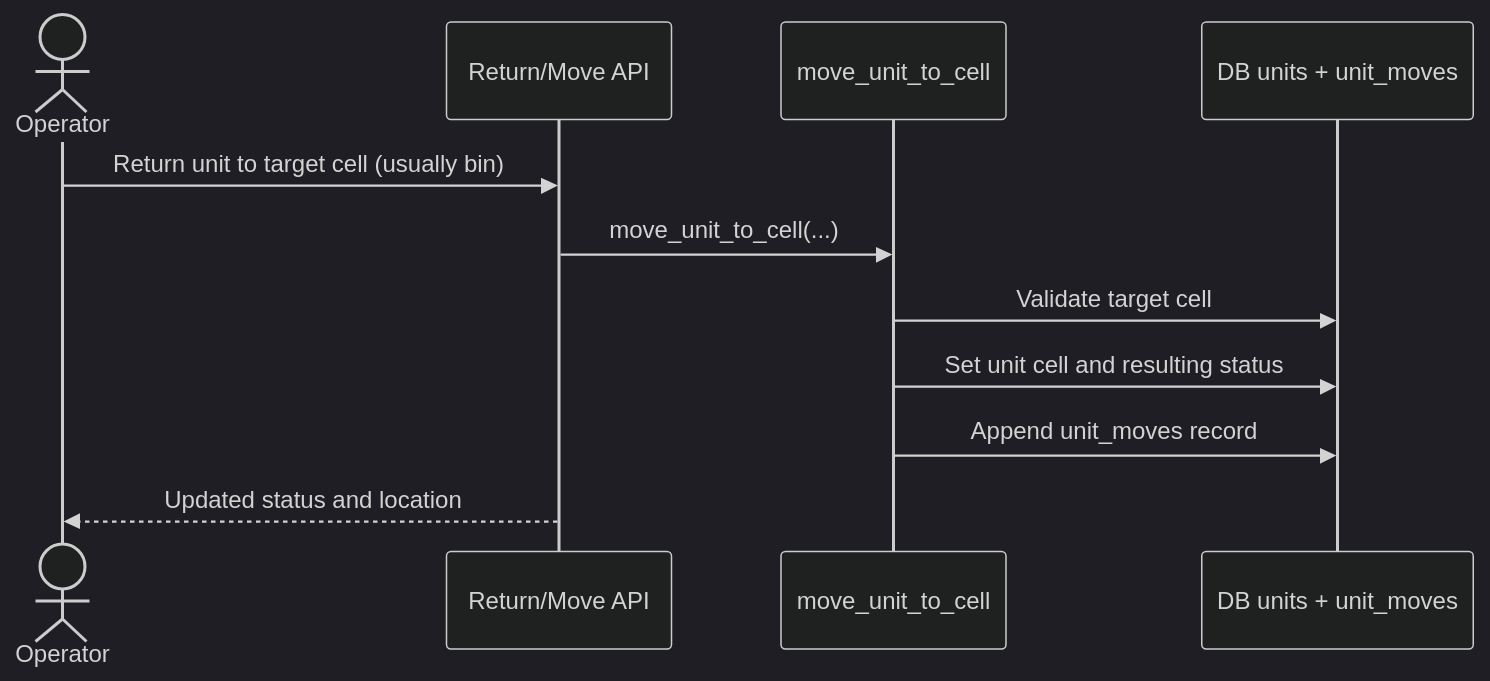
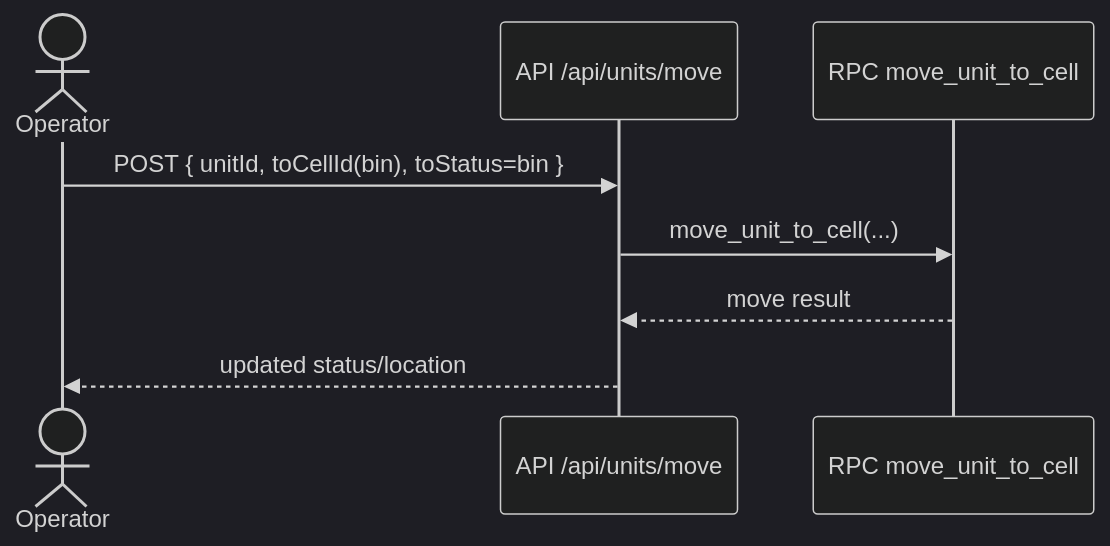
One commit to umutkara/warehouse changed the fifth of 7 diagrams in docs/process/README.md. Above: the diagram before and after it, drawn with Mermaid (dark theme). The commit also changed other lines of this file and 14 other files, not shown here.

````diff
--- a/docs/process/README.md
+++ b/docs/process/README.md
@@ -69,14 +117,11 @@
 ```mermaid
 sequenceDiagram
   actor Operator
-  participant API as Return/Move API
-  participant RPC as move_unit_to_cell
-  participant DB as DB units + unit_moves
+  participant API as API /api/units/move
+  participant RPC as RPC move_unit_to_cell
 
-  Operator->>API: Return unit to target cell (usually bin)
+  Operator->>API: POST { unitId, toCellId(bin), toStatus=bin }
   API->>RPC: move_unit_to_cell(...)
-  RPC->>DB: Validate target cell
-  RPC->>DB: Set unit cell and resulting status
-  RPC->>DB: Append unit_moves record
-  API-->>Operator: Updated status and location
+  RPC-->>API: move result
+  API-->>Operator: updated status/location
 ```
````
